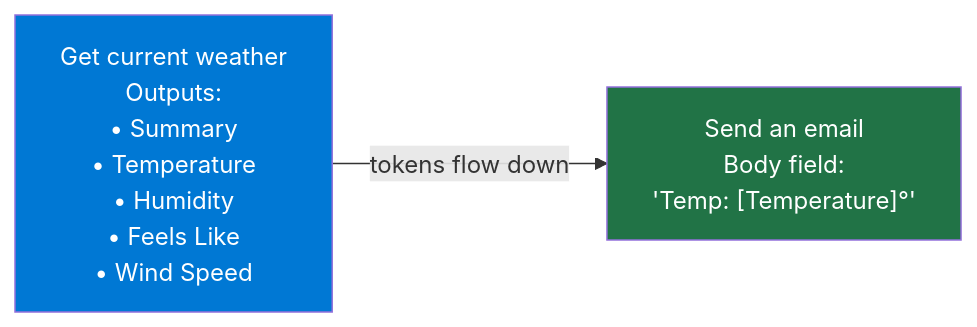
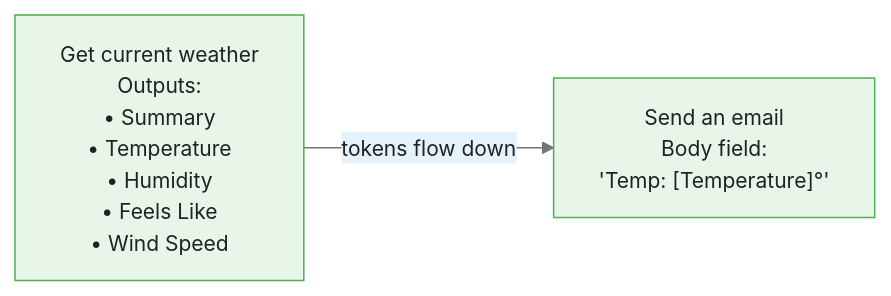
The third of 6 diagrams in courses/power-automate/modules/module_01_first_cloud_flow/guides/01_creating_first_flow_slides.md (m-deane/course-creator), drawn with Mermaid before and after one commit. The commit also changed other lines of this file and 72 other files, not shown here.

````diff
--- a/courses/power-automate/modules/module_01_first_cloud_flow/guides/01_creating_first_flow_slides.md
+++ b/courses/power-automate/modules/module_01_first_cloud_flow/guides/01_creating_first_flow_slides.md
@@ -142,6 +167,5 @@
 ```mermaid
+%%{init: {"theme": "base", "themeVariables": {"primaryColor": "#e8f5e9", "primaryBorderColor": "#4caf50", "primaryTextColor": "#212121", "secondaryColor": "#e3f2fd", "tertiaryColor": "#fff8e1", "lineColor": "#757575", "fontFamily": "Inter, sans-serif", "fontSize": "14px"}}}%%
 graph LR
     W["Get current weather\nOutputs:\n• Summary\n• Temperature\n• Humidity\n• Feels Like\n• Wind Speed"] -->|tokens flow down| E["Send an email\nBody field:\n'Temp: [Temperature]°'"]
-    style W fill:#0078D4,color:#fff
-    style E fill:#217346,color:#fff
 ```
````
